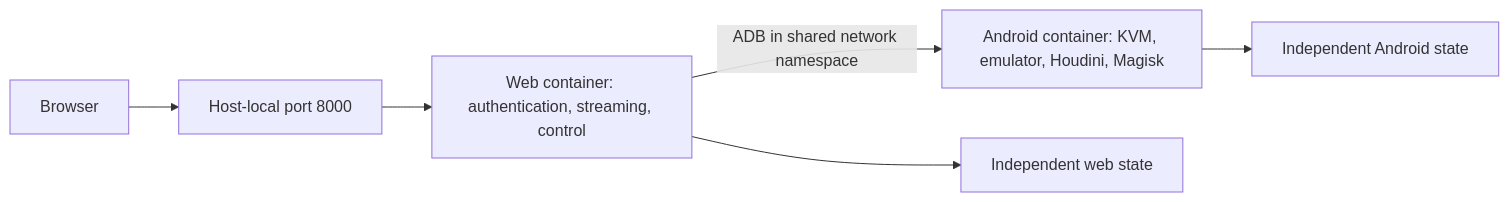
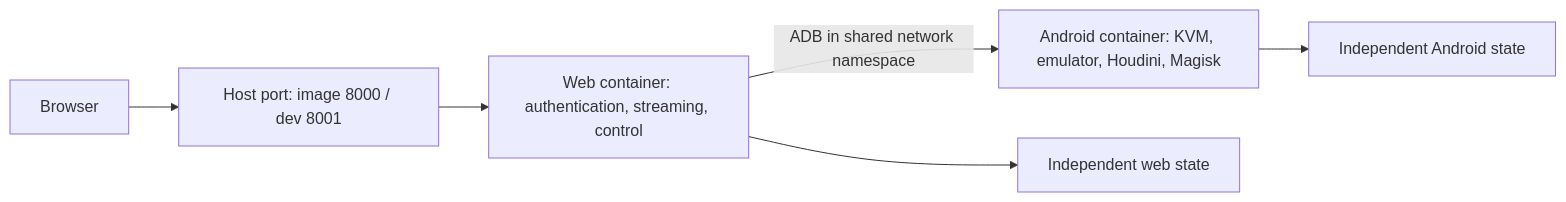
Before and after one commit to zhouxv/android7-cloud: the second of 2 diagrams in OVERVIEW.en.md, drawn with Mermaid. The commit also changed other lines of this file and 7 other files, not shown here.

````diff
--- a/OVERVIEW.en.md
+++ b/OVERVIEW.en.md
@@ -34,8 +34,8 @@
 ```mermaid
 flowchart LR
-    U[Browser] --> P[Host-local port 8000]
+    U[Browser] --> P[Host port: image 8000 / dev 8001]
     P --> W[Web container: authentication, streaming, control]
     W -->|ADB in shared network namespace| A[Android container: KVM, emulator, Houdini, Magisk]
     W --> WD[Independent web state]
     A --> AD[Independent Android state]
 ```
````
